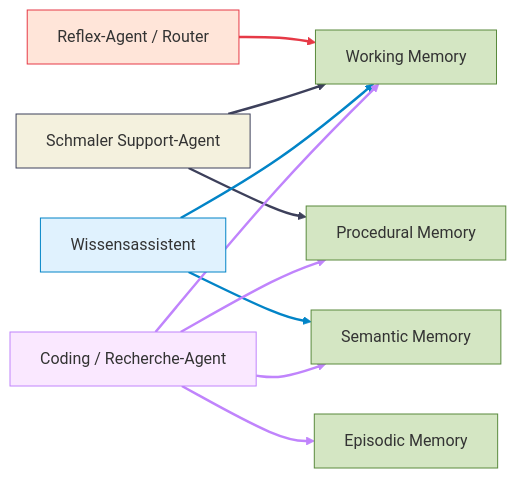
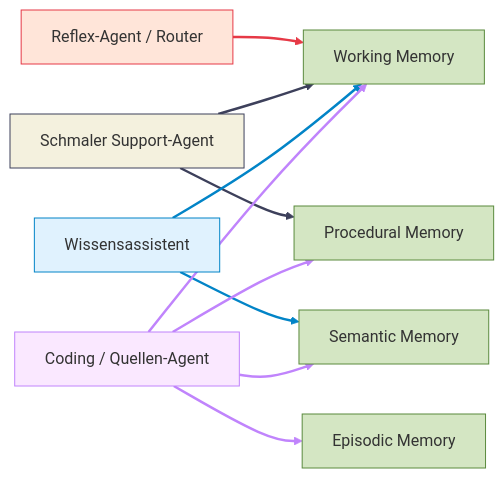
Before and after one commit to ralf-42/Agenten: the second of 7 diagrams in docs/04-agenten-implementierung/ablauf-zustand/memory-systeme.md, drawn with Mermaid. The commit also changed other lines of this file and 40 other files, not shown here.

````diff
--- a/docs/04-agenten-implementierung/ablauf-zustand/memory-systeme.md
+++ b/docs/04-agenten-implementierung/ablauf-zustand/memory-systeme.md
@@ -100,35 +100,35 @@
 ```mermaid
 flowchart LR
 
 %% Speicher-Klassen (Einheitlich Olivgrün)
 classDef memType fill:#d4e6c3,stroke:#5a8a3d
 
 %% Kontrastreiche Agenten-Klassen
 classDef router fill:#ffe5d9,stroke:#e63946
 classDef support fill:#f4f1de,stroke:#3d405b
 classDef knowledge fill:#e0f2fe,stroke:#0284c7
 classDef coding fill:#fae8ff,stroke:#c084fc
 
 %% Diagramm-Struktur
 R["Reflex-Agent / Router"]:::router --> WM
 SA["Schmaler Support-Agent"]:::support --> WM
 SA --> PM
 WA["Wissensassistent"]:::knowledge --> WM
 WA --> SM
-CA["Coding / Recherche-Agent"]:::coding --> WM
+CA["Coding / Quellen-Agent"]:::coding --> WM
 CA --> SM
 CA --> PM
 CA --> EM
 
 %% Speicher-Knoten
 WM["Working Memory"]:::memType
 SM["Semantic Memory"]:::memType
 PM["Procedural Memory"]:::memType
 EM["Episodic Memory"]:::memType
 
 %% Pfeil-Colorierung (Farblich exakt an die Agenten-Rahmen angepasst)
 linkStyle 0 stroke:#e63946,stroke-width:2.5px;
 linkStyle 1,2 stroke:#3d405b,stroke-width:2.5px;
 linkStyle 3,4 stroke:#0284c7,stroke-width:2.5px;
 linkStyle 5,6,7,8 stroke:#c084fc,stroke-width:2.5px;
 ```
````
